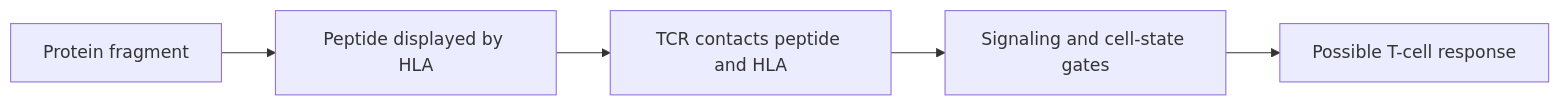
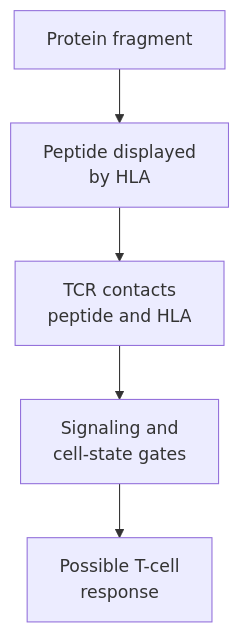
Before and after one commit to jasonLaster/oncoguide: the diagram in wiki/education/molecular-profiling/tcr-and-tcr-sequencing.md, drawn with Mermaid. The commit also changed other lines of this file and 47 other files, not shown here.

````diff
--- a/wiki/education/molecular-profiling/tcr-and-tcr-sequencing.md
+++ b/wiki/education/molecular-profiling/tcr-and-tcr-sequencing.md
@@ -28,7 +30,7 @@
 ```mermaid
-flowchart LR
-  P[Protein fragment] --> H[Peptide displayed by HLA]
-  H --> R[TCR contacts peptide and HLA]
-  R --> S[Signaling and cell-state gates]
-  S --> F[Possible T-cell response]
+flowchart TD
+  P[Protein fragment] --> H[Peptide displayed<br/>by HLA]
+  H --> R[TCR contacts<br/>peptide and HLA]
+  R --> S[Signaling and<br/>cell-state gates]
+  S --> F[Possible T-cell<br/>response]
 ```
````
